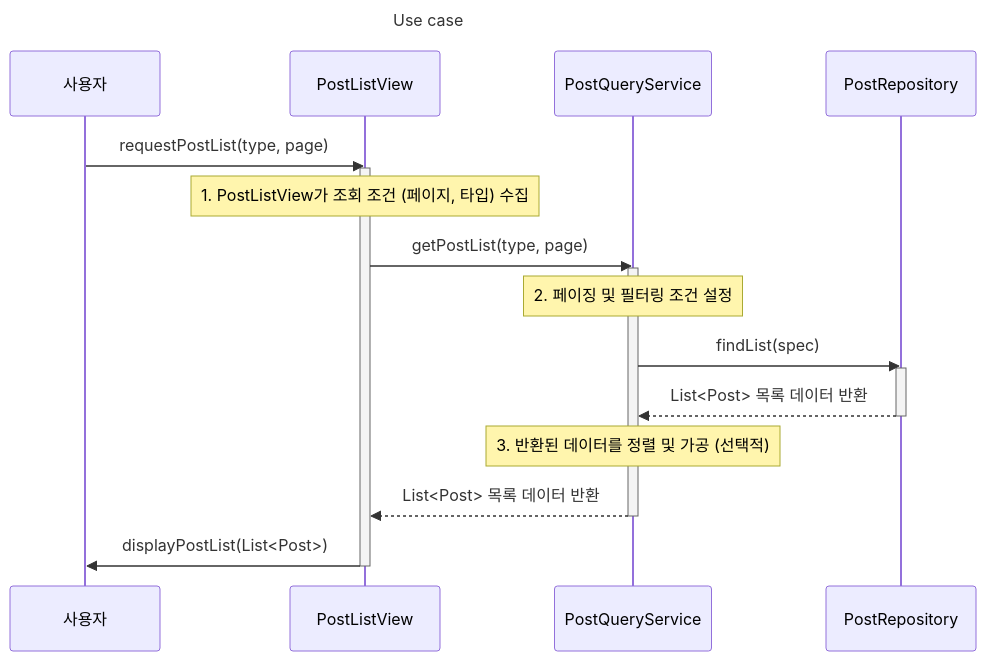
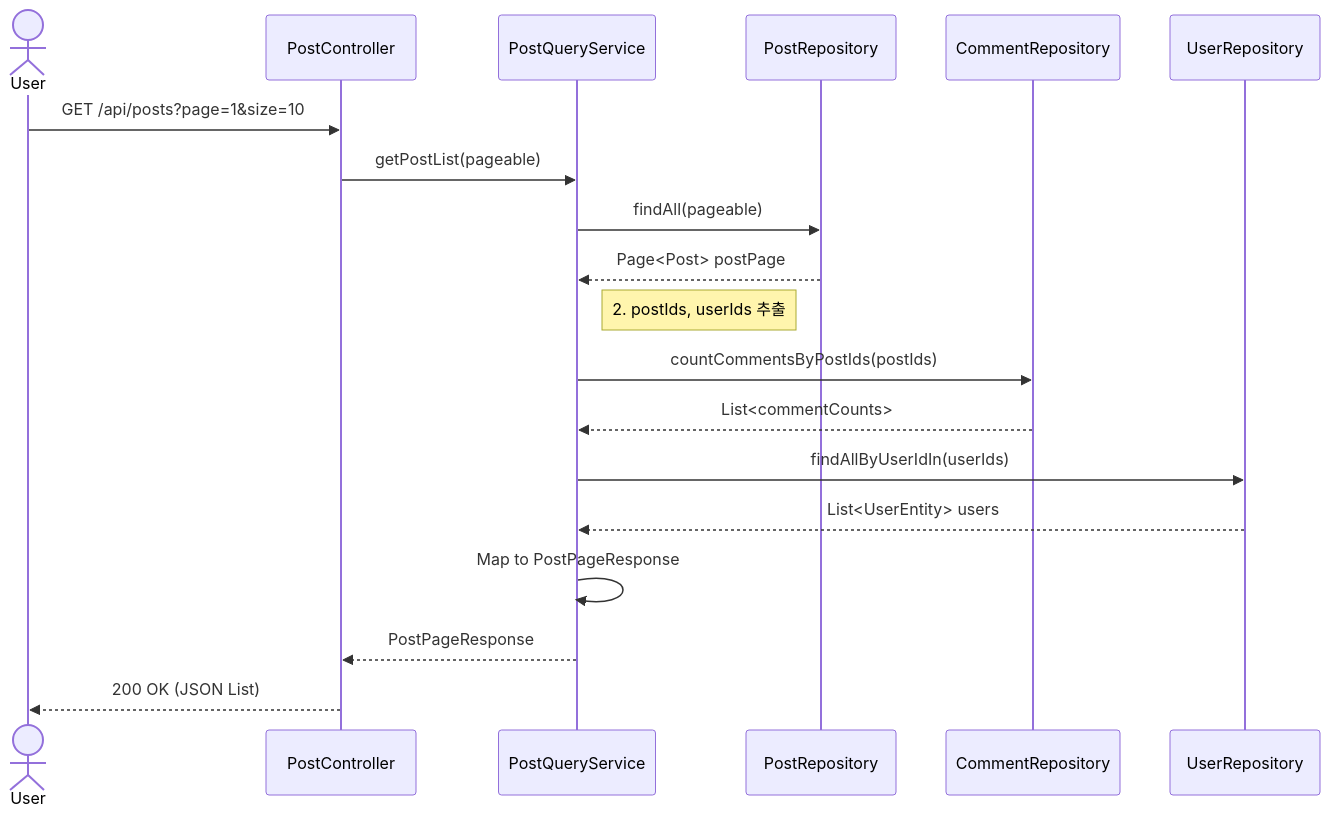
Diagram 35 of 47 in SDS_[깃라잡이].md (OHWCH/se_dev), drawn with Mermaid before and after one commit. The commit also changed other lines of this file, not shown here.

````diff
--- a/SDS_[깃라잡이].md
+++ b/SDS_[깃라잡이].md
@@ -5950,32 +5708,27 @@
 ```mermaid
 sequenceDiagram
-    participant User as 사용자
-    participant Boundary as PostListView
-    participant Control as PostQueryService
-    participant Repository_P as PostRepository
-    
-    Title: Use case #30: 게시글 목록 조회
-    
-    User->>Boundary: requestPostList(type, page)
-    activate Boundary
-    
-    Note over Boundary: 1. PostListView가 조회 조건 (페이지, 타입) 수집
-    
-    Boundary->>Control: getPostList(type, page)
-    activate Control
-    
-    Note over Control: 2. 페이징 및 필터링 조건 설정
-    
-    Control->>Repository_P: findList(spec)
-    activate Repository_P
-    Repository_P-->>Control: List<Post> 목록 데이터 반환
-    deactivate Repository_P
-    
-    Note over Control: 3. 반환된 데이터를 정렬 및 가공 (선택적)
-    
-    Control-->>Boundary: List<Post> 목록 데이터 반환
-    deactivate Control
-    
-    Boundary->>User: displayPostList(List<Post>)
-    deactivate Boundary
+    actor User
+    User ->> PostController: GET /api/posts?page=1&size=10
+
+    PostController ->> PostQueryService: getPostList(pageable)
+
+    %% 1. 게시글 목록 조회
+    PostQueryService ->> PostRepository: findAll(pageable)
+    PostRepository -->> PostQueryService: Page<Post> postPage
+
+    Note right of PostQueryService: 2. postIds, userIds 추출
+
+    %% 2. 댓글 수 일괄 조회
+    PostQueryService ->> CommentRepository: countCommentsByPostIds(postIds)
+    CommentRepository -->> PostQueryService: List<commentCounts>
+
+    %% 3. 작성자 GitHub ID 일괄 조회
+    PostQueryService ->> UserRepository: findAllByUserIdIn(userIds)
+    UserRepository -->> PostQueryService: List<UserEntity> users
+
+    %% 4. DTO 변환 및 취합
+    PostQueryService ->> PostQueryService: Map to PostPageResponse
+    PostQueryService -->> PostController: PostPageResponse
+
+    PostController -->> User: 200 OK (JSON List)
 ```
````
